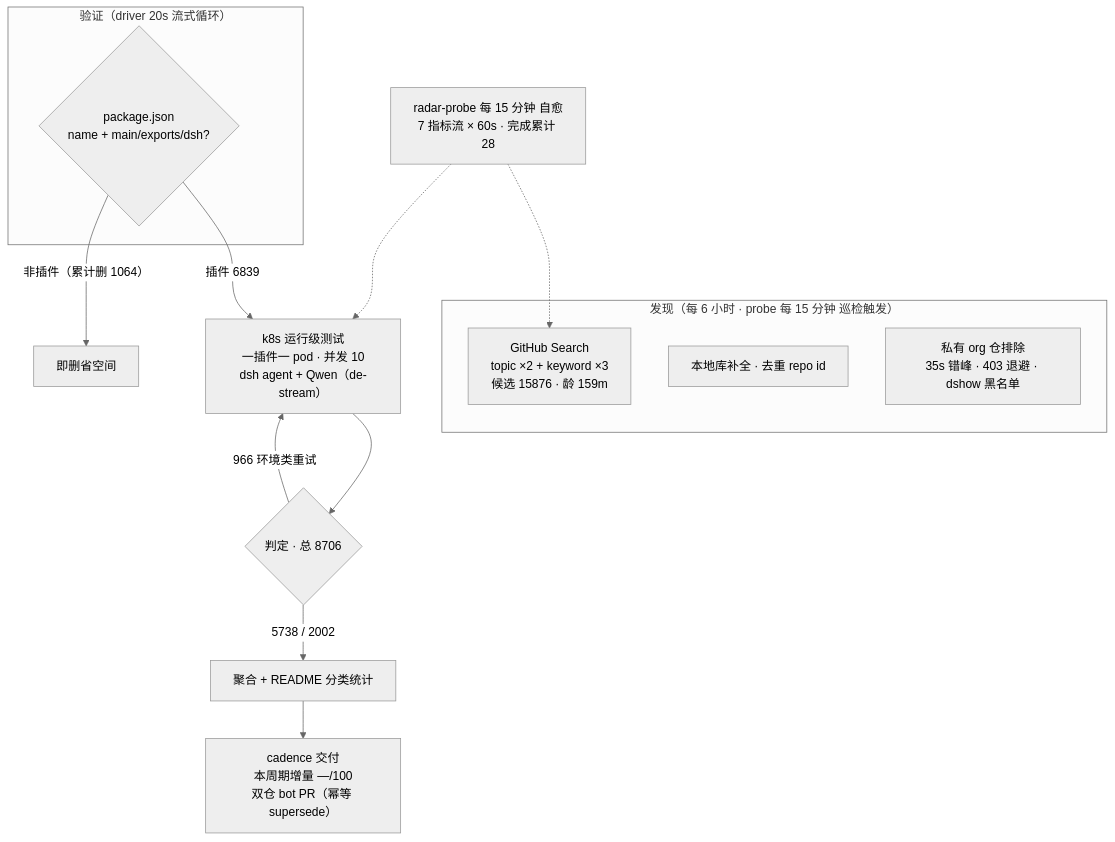
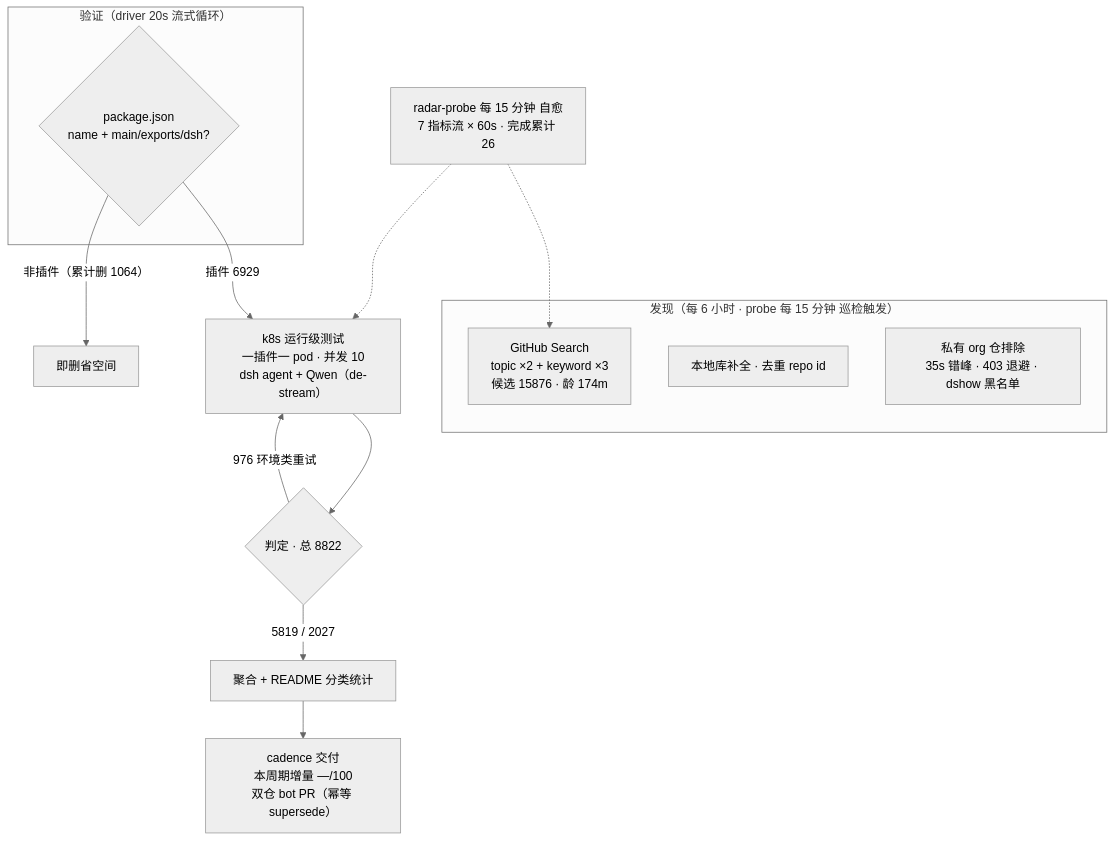
The diagram in README.md (Zhidao-Lab-OSS/awesome-dsh-plugins), drawn with Mermaid (neutral theme) before and after one commit. The commit also changed other lines of this file and 1 other file, not shown here.

````diff
--- a/README.md
+++ b/README.md
@@ -37,20 +37,20 @@
 ```mermaid
 flowchart TB
     subgraph Discovery["发现（每 6 小时 · probe 每 15 分钟 巡检触发）"]
-        A1["GitHub Search<br/>topic ×2 + keyword ×3<br/>候选 15876 · 龄 159m"]
+        A1["GitHub Search<br/>topic ×2 + keyword ×3<br/>候选 15876 · 龄 174m"]
         A2["本地库补全 · 去重 repo id"]
         A3["私有 org 仓排除<br/>35s 错峰 · 403 退避 · dshow 黑名单"]
     end
     subgraph Validation["验证（driver 20s 流式循环）"]
         B1{"package.json<br/>name + main/exports/dsh?"}
     end
-    B1 -->|"插件 6839"| C1["k8s 运行级测试<br/>一插件一 pod · 并发 10<br/>dsh agent + Qwen（de-stream）"]
+    B1 -->|"插件 6929"| C1["k8s 运行级测试<br/>一插件一 pod · 并发 10<br/>dsh agent + Qwen（de-stream）"]
     B1 -->|"非插件（累计删 1064）"| B3["即删省空间"]
-    C1 --> D1{"判定 · 总 8706"}
-    D1 -->|"5738 / 2002"| E1["聚合 + README 分类统计"]
-    D1 -->|"966 环境类重试"| C1
+    C1 --> D1{"判定 · 总 8822"}
+    D1 -->|"5819 / 2027"| E1["聚合 + README 分类统计"]
+    D1 -->|"976 环境类重试"| C1
     E1 --> E2["cadence 交付<br/>本周期增量 —/100<br/>双仓 bot PR（幂等 supersede）"]
-    M["radar-probe 每 15 分钟 自愈<br/>7 指标流 × 60s · 完成累计 28"]
+    M["radar-probe 每 15 分钟 自愈<br/>7 指标流 × 60s · 完成累计 26"]
     M -.-> A1
     M -.-> C1
 ```
````
